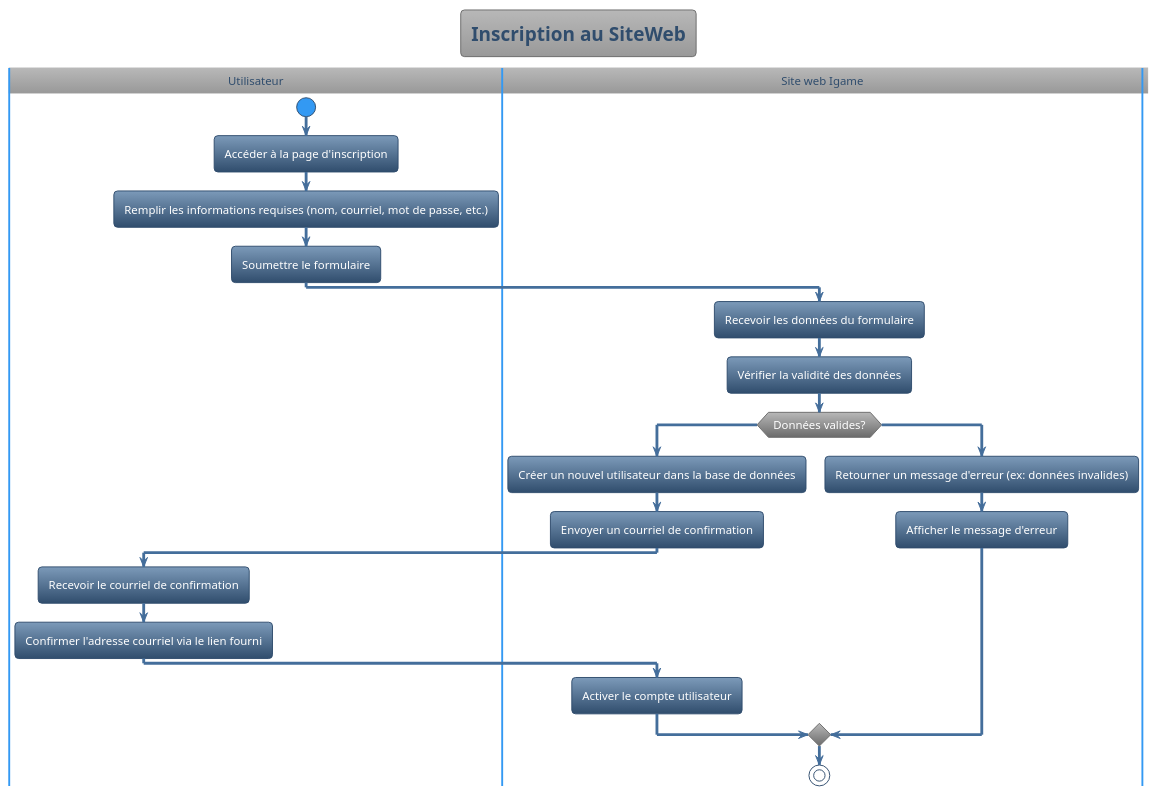
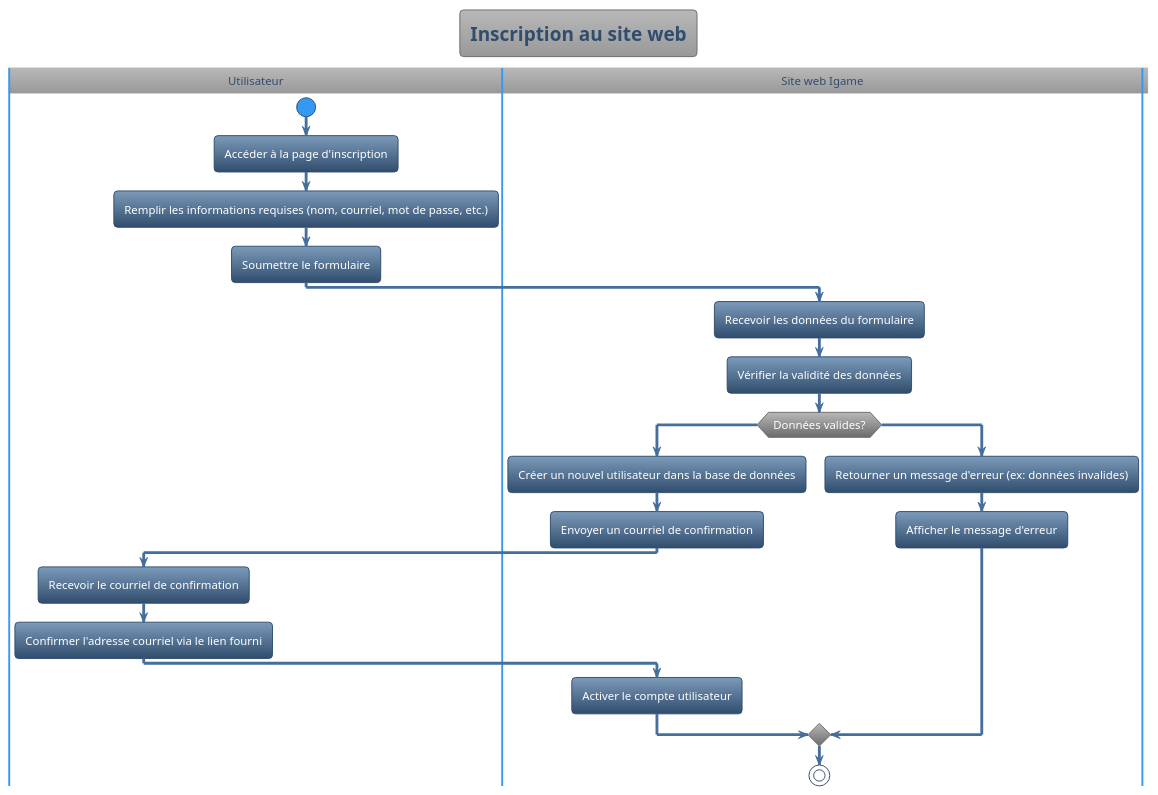
One commit to Jacob-Cossette/GTI510 changed the diagram in UC2_INSCIPTION.puml. Above: the diagram before and after it, drawn with PlantUML. The commit also changed 19 other files, not shown here.

```diff
--- a/UC2_INSCIPTION.puml
+++ b/UC2_INSCIPTION.puml
@@ -1,29 +1,29 @@
 @startuml
 !theme spacelab
-title Inscription au SiteWeb
+title Inscription au site web
 |Utilisateur|
 start
 :Accéder à la page d'inscription;
 :Remplir les informations requises (nom, courriel, mot de passe, etc.);
 :Soumettre le formulaire;
 |Site web Igame|
 :Recevoir les données du formulaire;
 :Vérifier la validité des données;
 if (Données valides?) then (Oui)
   :Créer un nouvel utilisateur dans la base de données;
   :Envoyer un courriel de confirmation;
   |Utilisateur|
   :Recevoir le courriel de confirmation;
 
   :Confirmer l'adresse courriel via le lien fourni;
 
   |Site web Igame|
 
   :Activer le compte utilisateur;
 else (Non)
   :Retourner un message d'erreur (ex: données invalides);
   :Afficher le message d'erreur;
 
 endif
 stop
 @enduml
```
